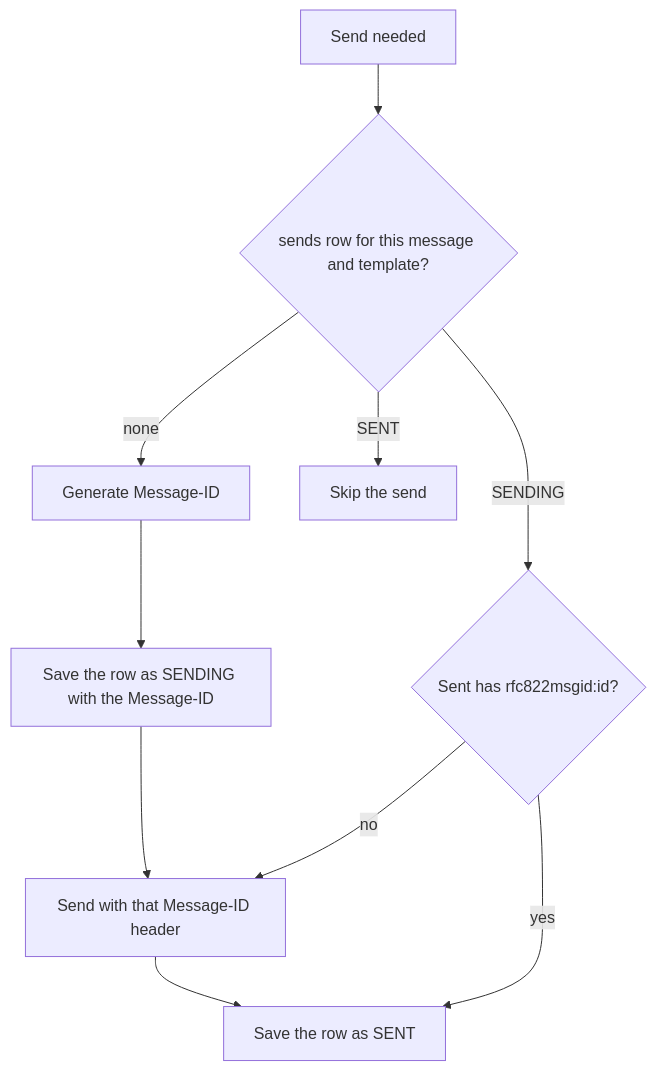
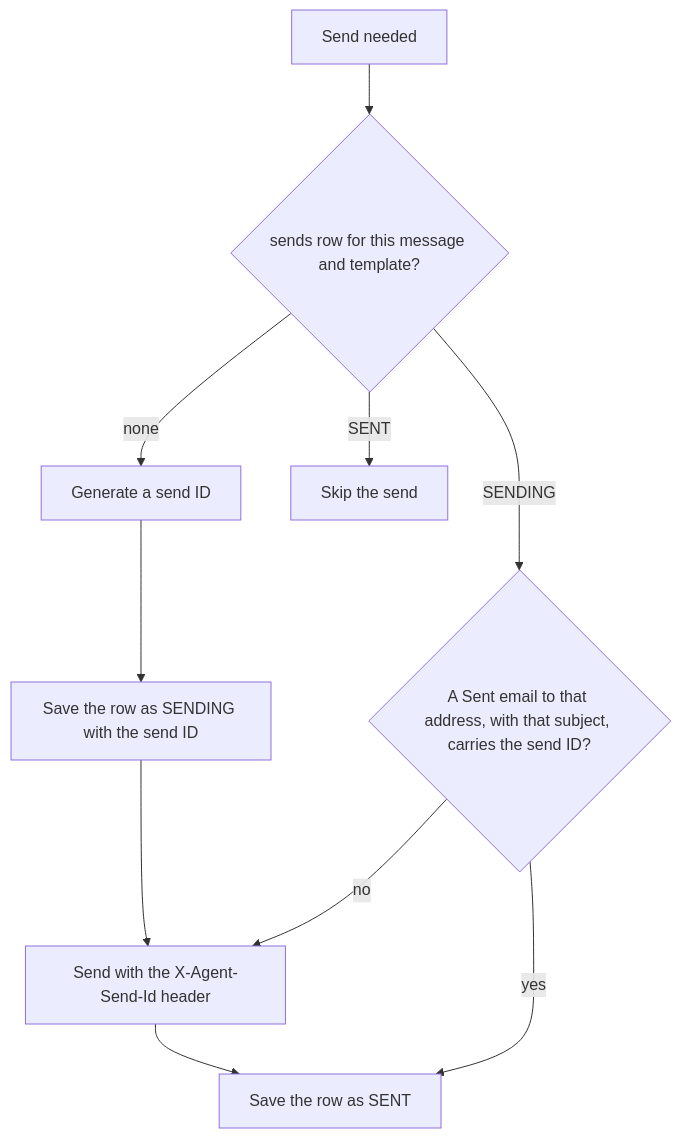
The third of 3 diagrams in docs/retrieve-classify.md (andreicaminschi/ai-email-assistant), drawn with Mermaid before and after one commit. The commit also changed other lines of this file and 7 other files, not shown here.

Commit message:
feat: decline sales pitches once, archive marketing, find sends by X-Agent-Send-Id

````diff
--- a/docs/retrieve-classify.md
+++ b/docs/retrieve-classify.md
@@ -251,12 +252,12 @@
 ```mermaid
 flowchart TD
     A[Send needed] --> R{sends row for this message and template?}
-    R -- none --> B[Generate Message-ID]
-    B --> C[Save the row as SENDING with the Message-ID]
-    C --> D[Send with that Message-ID header]
+    R -- none --> B[Generate a send ID]
+    B --> C[Save the row as SENDING with the send ID]
+    C --> D[Send with the X-Agent-Send-Id header]
     D --> E[Save the row as SENT]
     R -- SENT --> E2[Skip the send]
-    R -- SENDING --> Q{Sent has rfc822msgid:id?}
+    R -- SENDING --> Q{A Sent email to that address, with that subject, carries the send ID?}
     Q -- yes --> E
     Q -- no --> D
 ```
````
